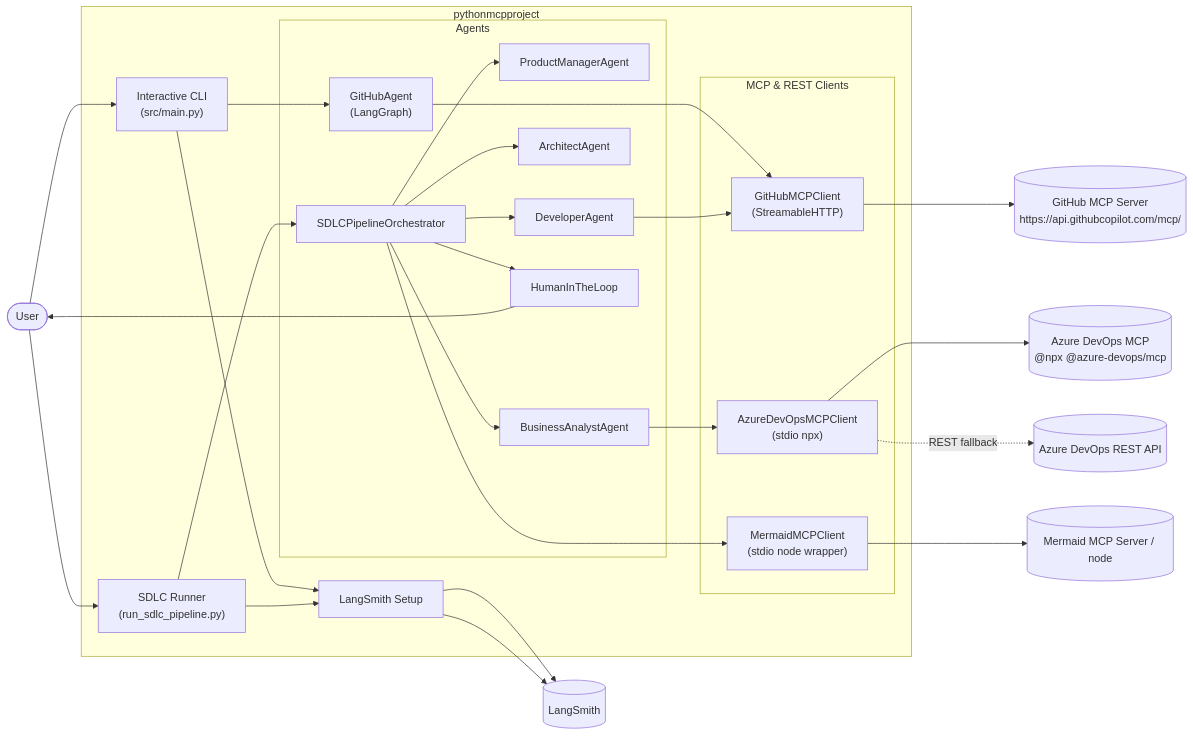
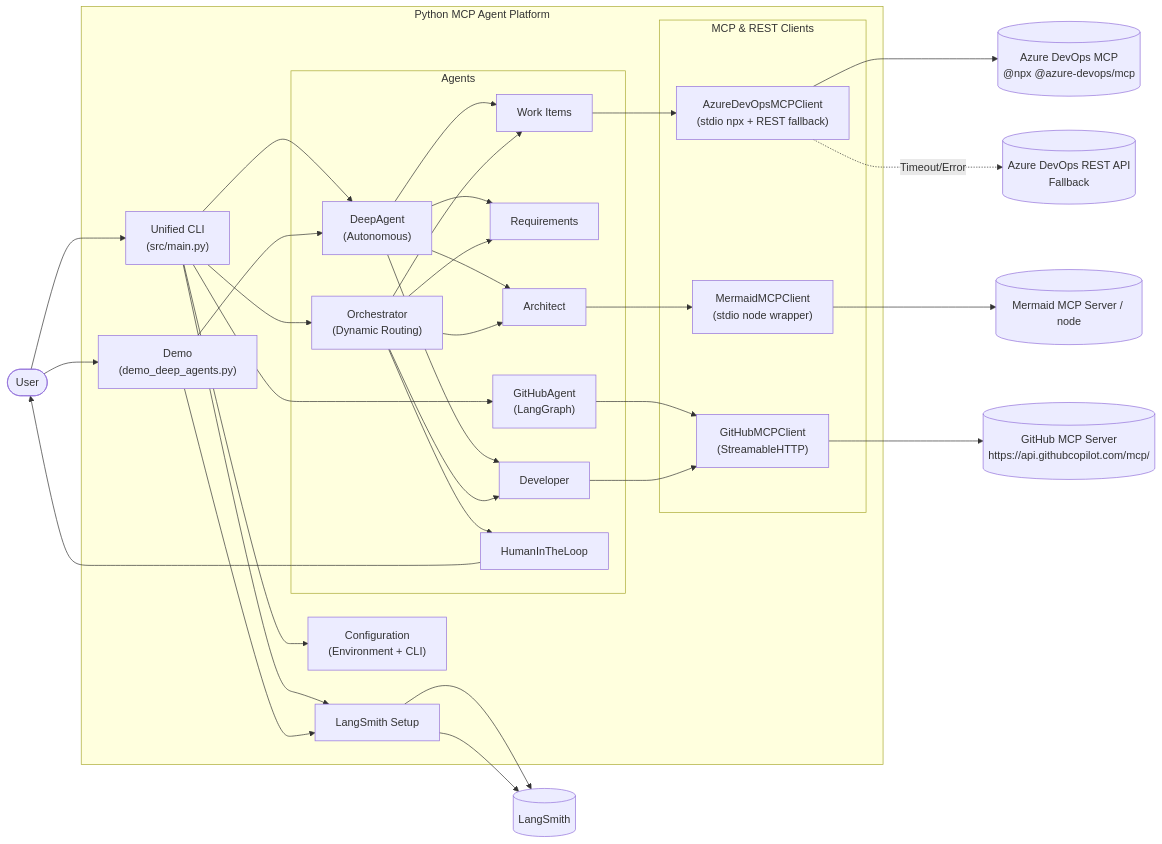
One commit to rameshappat/mcp-studio-migration-deep-agent changed the third of 5 diagrams in docs/architecture_and_design.md. Above: the diagram before and after it, drawn with Mermaid. The commit also changed other lines of this file and 2 other files, not shown here.

````diff
--- a/docs/architecture_and_design.md
+++ b/docs/architecture_and_design.md
@@ -75,51 +359,65 @@
 ```mermaid
 flowchart LR
   user([User])
 
-  subgraph repo[pythonmcpproject]
-    main_cli["Interactive CLI\n(src/main.py)"]
-    sdlc_cli["SDLC Runner\n(run_sdlc_pipeline.py)"]
+  subgraph repo[Python MCP Agent Platform]
+    main_cli["Unified CLI\n(src/main.py)"]
+    demo["Demo\n(demo_deep_agents.py)"]
 
     subgraph agents[Agents]
+      deep["DeepAgent\n(Autonomous)"]
       gha["GitHubAgent\n(LangGraph)"]
-      pm["ProductManagerAgent"]
-      ba["BusinessAnalystAgent"]
-      arch["ArchitectAgent"]
-      dev["DeveloperAgent"]
+      orch["Orchestrator\n(Dynamic Routing)"]
+      req["Requirements"]
+      wi["Work Items"]
+      arch["Architect"]
+      dev["Developer"]
       hitl["HumanInTheLoop"]
-      pipe["SDLCPipelineOrchestrator"]
     end
 
     subgraph clients[MCP & REST Clients]
       gh_mcp["GitHubMCPClient\n(StreamableHTTP)"]
-      ado_mcp["AzureDevOpsMCPClient\n(stdio npx)"]
+      ado_mcp["AzureDevOpsMCPClient\n(stdio npx + REST fallback)"]
       mer_mcp["MermaidMCPClient\n(stdio node wrapper)"]
     end
 
     obs["LangSmith Setup"]
+    config["Configuration\n(Environment + CLI)"]
   end
 
   gh[(GitHub MCP Server\nhttps://api.githubcopilot.com/mcp/)]
   ado[(Azure DevOps MCP\n@npx @azure-devops/mcp)]
-  ado_rest[(Azure DevOps REST API)]
+  ado_rest[(Azure DevOps REST API\nFallback)]
   mermaid[(Mermaid MCP Server / node)]
   langsmith[(LangSmith)]
 
-  user --> main_cli --> gha
+  user --> main_cli
+  user --> demo
+  
+  main_cli --> config
+  main_cli --> deep
+  main_cli --> gha
+  main_cli --> orch
+  
+  demo --> deep
+  
+  deep --> req
+  deep --> wi
+  deep --> arch
+  deep --> dev
+  
+  orch --> hitl --> user
+  orch --> req
+  orch --> wi
+  orch --> arch
+  orch --> dev
+
   gha --> gh_mcp --> gh
-
-  user --> sdlc_cli --> pipe
-  pipe --> hitl --> user
-  pipe --> pm
-  pipe --> ba
-  pipe --> arch
-  pipe --> dev
-
-  ba --> ado_mcp --> ado
+  wi --> ado_mcp --> ado
+  ado_mcp -. Timeout/Error .-> ado_rest
   dev --> gh_mcp
-  pipe --> mer_mcp --> mermaid
-  ado_mcp -. REST fallback .-> ado_rest
+  arch --> mer_mcp --> mermaid
 
   main_cli --> obs --> langsmith
-  sdlc_cli --> obs --> langsmith
+  demo --> obs --> langsmith
 ```
````
